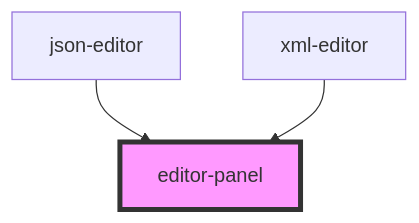
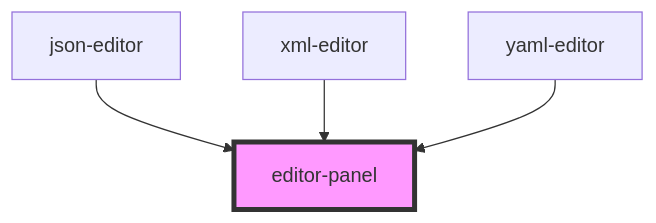
Before and after one commit to DraganP1996/webeditors: the diagram in packages/webeditors/src/components/editor-panel/readme.md, drawn with Mermaid. The commit also changed other lines of this file and 14 other files, not shown here.

Commit message:
YAML Editor added

````diff
--- a/packages/webeditors/src/components/editor-panel/readme.md
+++ b/packages/webeditors/src/components/editor-panel/readme.md
@@ -16,6 +17,7 @@
 ```mermaid
 graph TD;
   json-editor --> editor-panel
   xml-editor --> editor-panel
+  yaml-editor --> editor-panel
   style editor-panel fill:#f9f,stroke:#333,stroke-width:4px
 ```
````
